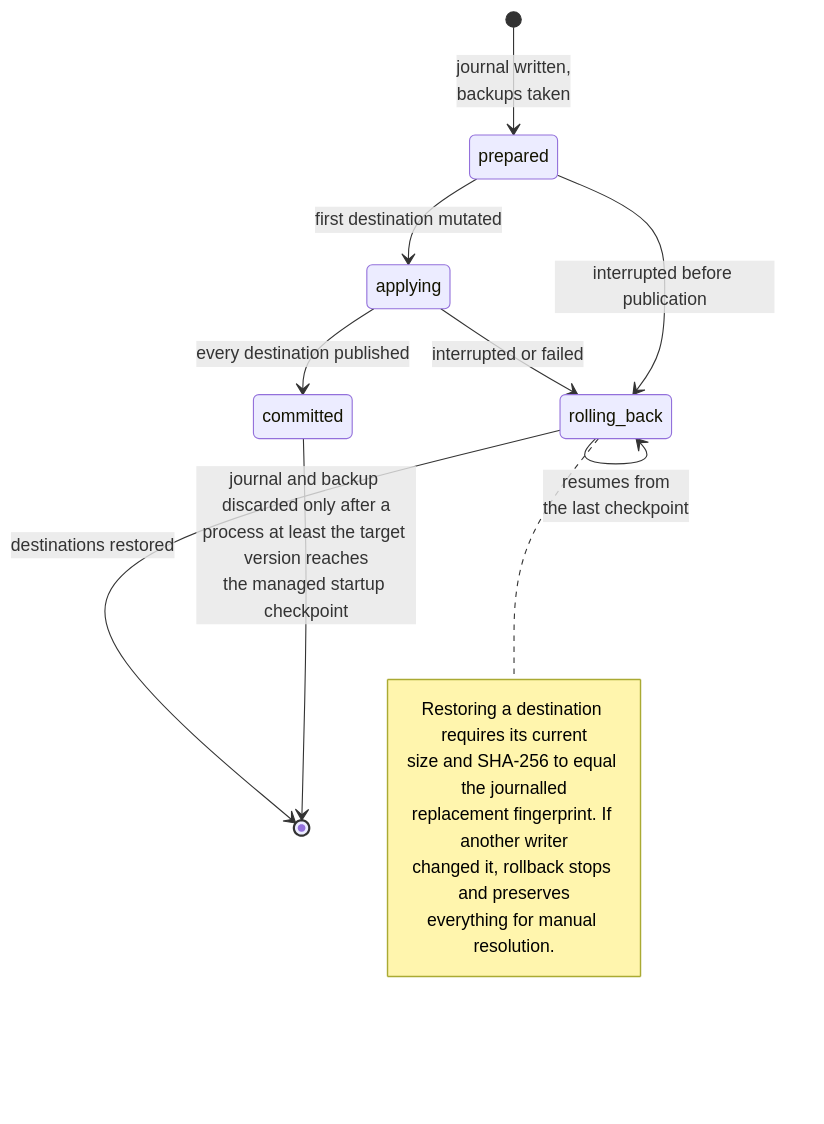
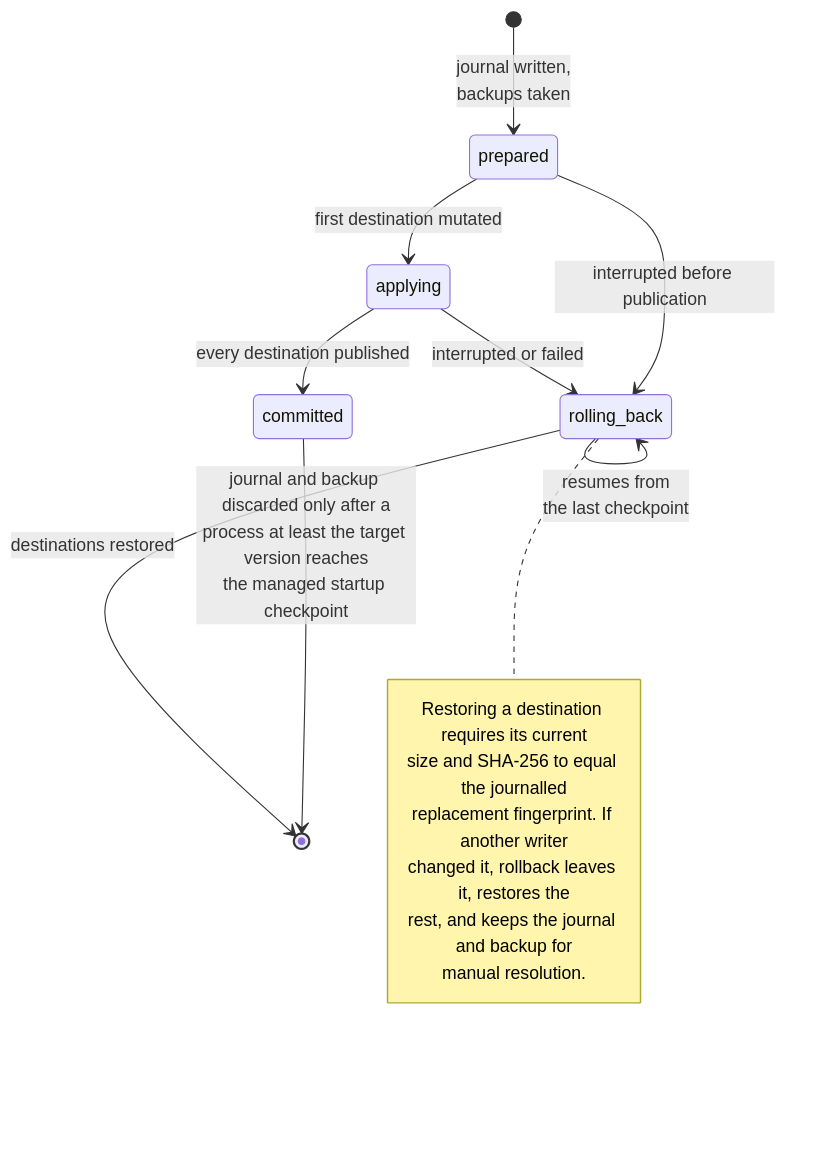
Before and after one commit to Reddimus/kettle: the second of 2 diagrams in docs/UPDATES.md, drawn with Mermaid. The commit also changed other lines of this file and 1 other file, not shown here.

First line of the commit message:
kettle-update: Restore every file a failed Linux update rollback can

````diff
--- a/docs/UPDATES.md
+++ b/docs/UPDATES.md
@@ -278,19 +278,20 @@
 ```mermaid
 stateDiagram-v2
     [*] --> prepared: journal written,<br/>backups taken
     prepared --> applying: first destination mutated
     applying --> committed: every destination published
     applying --> rolling_back: interrupted or failed
     prepared --> rolling_back: interrupted before publication
     rolling_back --> rolling_back: resumes from<br/>the last checkpoint
     rolling_back --> [*]: destinations restored
     committed --> [*]: journal and backup discarded only after a<br/>process at least the target version reaches<br/>the managed startup checkpoint
 
     note right of rolling_back
         Restoring a destination requires its current
         size and SHA-256 to equal the journalled
         replacement fingerprint. If another writer
-        changed it, rollback stops and preserves
-        everything for manual resolution.
+        changed it, rollback leaves it, restores the
+        rest, and keeps the journal and backup for
+        manual resolution.
     end note
 ```
````
